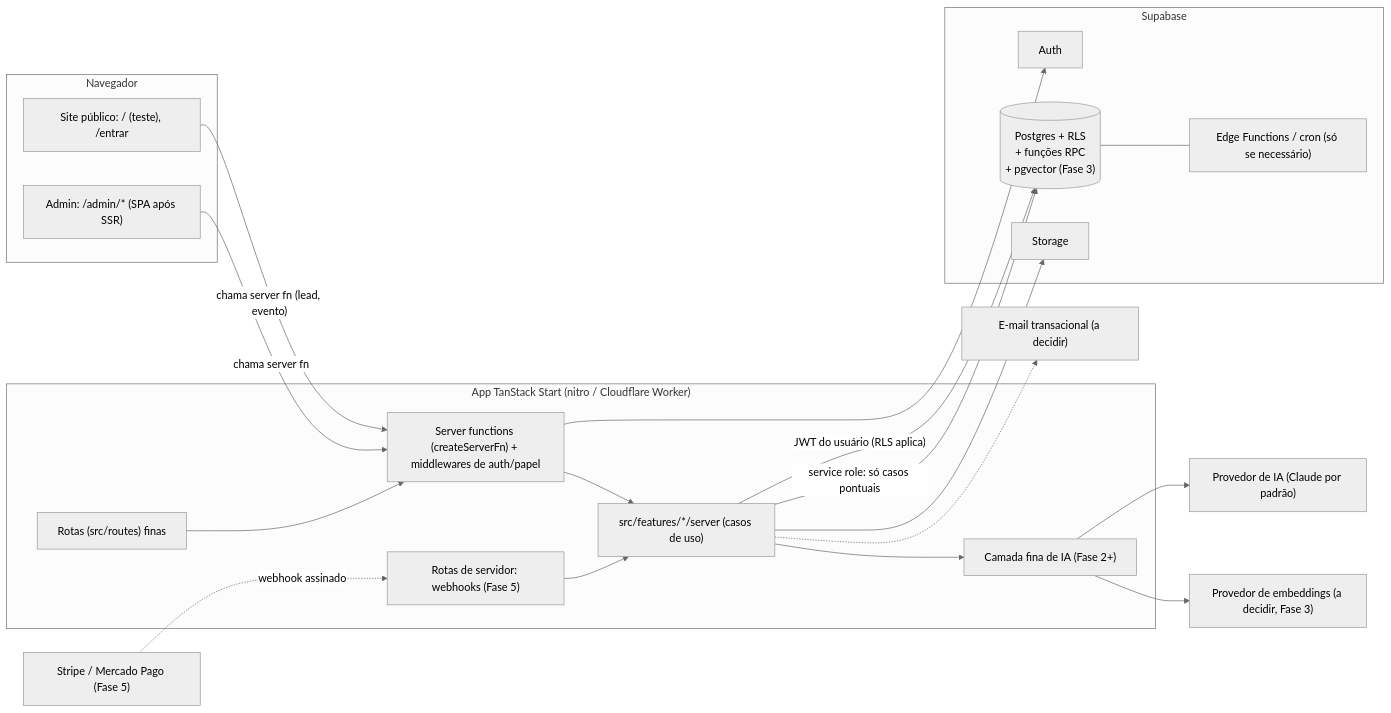
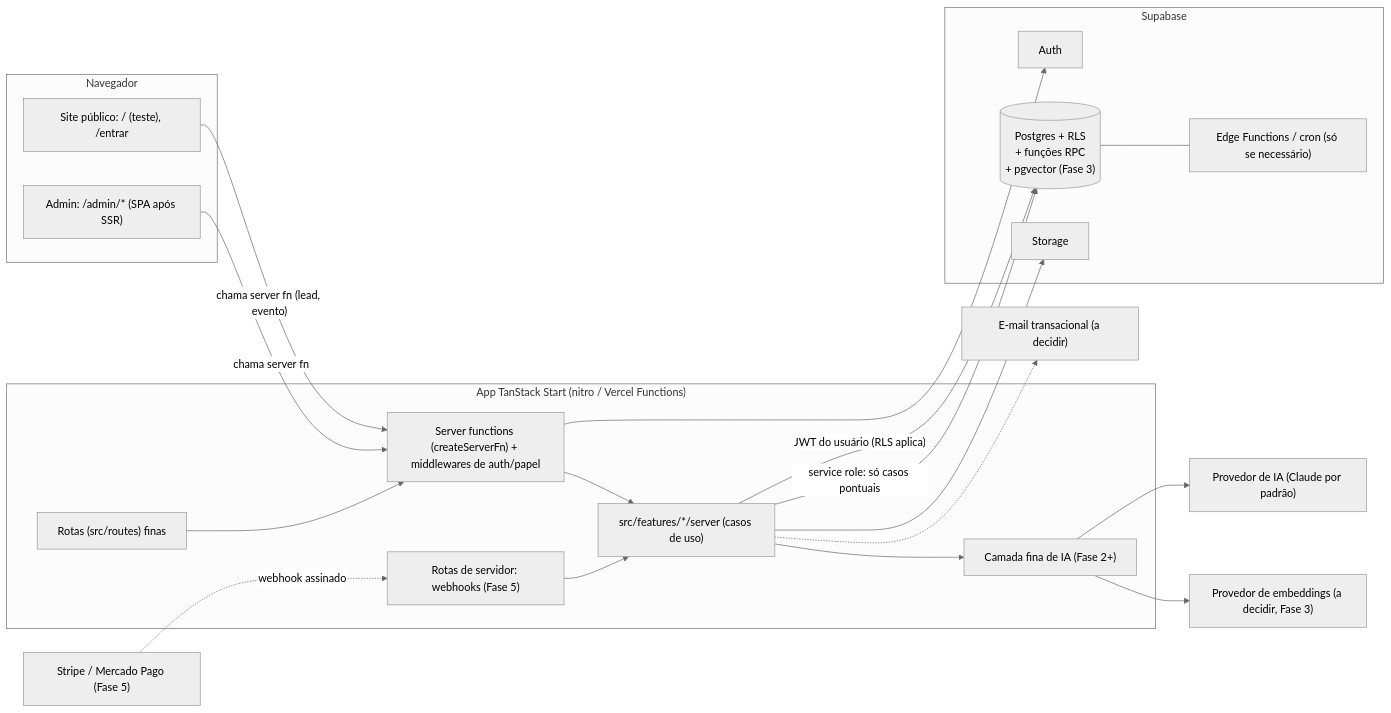
Before and after one commit to 1fagundesjonatan-code/heart-path-finder-07: the diagram in docs/arquitetura/01-arquitetura.md, drawn with Mermaid (neutral theme). The commit also changed other lines of this file and 18 other files, not shown here.

````diff
--- a/docs/arquitetura/01-arquitetura.md
+++ b/docs/arquitetura/01-arquitetura.md
@@ -7,42 +7,42 @@
 ```mermaid
 flowchart LR
   subgraph Cliente["Navegador"]
     PUB["Site público: / (teste), /entrar"]
     ADM["Admin: /admin/* (SPA após SSR)"]
   end
 
-  subgraph App["App TanStack Start (nitro / Cloudflare Worker)"]
+  subgraph App["App TanStack Start (nitro / Vercel Functions)"]
     RT["Rotas (src/routes) finas"]
     SF["Server functions (createServerFn) + middlewares de auth/papel"]
     FEAT["src/features/*/server (casos de uso)"]
     AIL["Camada fina de IA (Fase 2+)"]
     WH["Rotas de servidor: webhooks (Fase 5)"]
   end
 
   subgraph SB["Supabase"]
     AUTH["Auth"]
     PG[("Postgres + RLS\n+ funções RPC\n+ pgvector (Fase 3)")]
     ST["Storage"]
     EF["Edge Functions / cron (só se necessário)"]
   end
 
   LLM["Provedor de IA (Claude por padrão)"]
   EMB["Provedor de embeddings (a decidir, Fase 3)"]
   PAY["Stripe / Mercado Pago (Fase 5)"]
   MAIL["E-mail transacional (a decidir)"]
 
   PUB -->|"chama server fn (lead, evento)"| SF
   ADM -->|"chama server fn"| SF
   RT --> SF
   SF --> FEAT
   FEAT -->|"JWT do usuário (RLS aplica)"| PG
   FEAT -->|"service role: só casos pontuais"| PG
   SF --> AUTH
   FEAT --> AIL --> LLM
   AIL --> EMB
   WH --> FEAT
   PAY -.->|"webhook assinado"| WH
   FEAT -.-> MAIL
   PG --- EF
   FEAT --> ST
 ```
````
